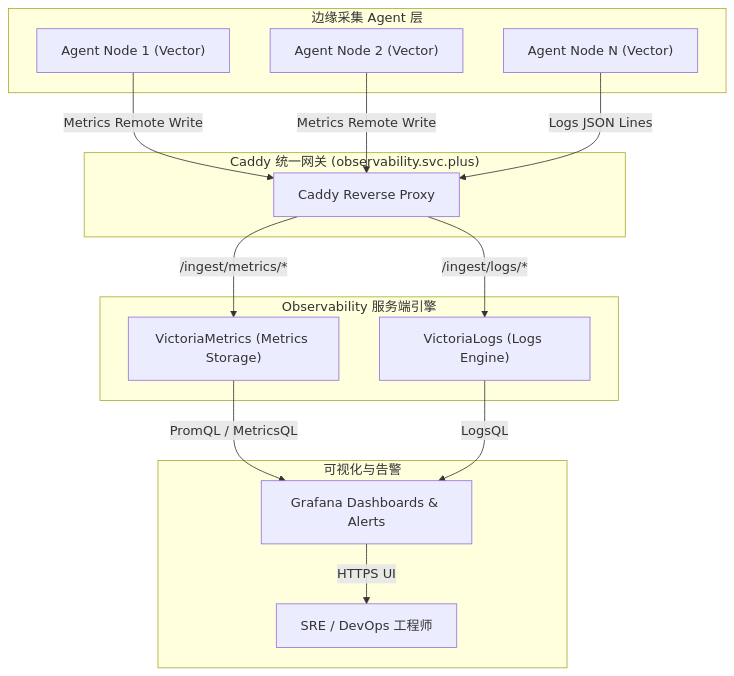
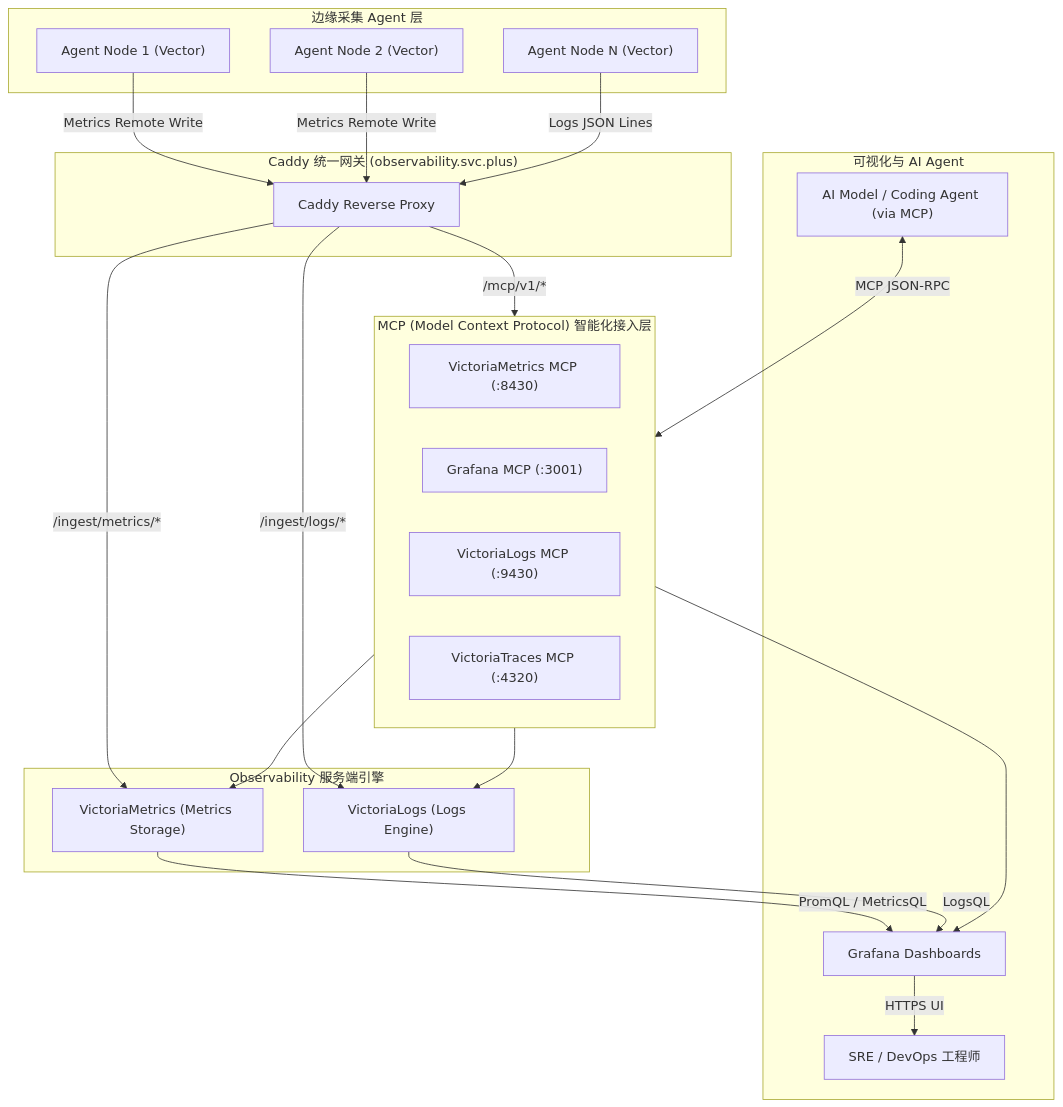
Before and after one commit to Cloud-Neutral-Workshop/knowledge: the diagram in content/03-observability/observability-server-core.zh.md, drawn with Mermaid. The commit also changed other lines of this file and 1 other file, not shown here.

Commit message:
feat(observability): add MCP Server Ansible role integration details to Observability Server tech blogs

````diff
--- a/content/03-observability/observability-server-core.zh.md
+++ b/content/03-observability/observability-server-core.zh.md
@@ -38,33 +83,48 @@
 ```mermaid
 flowchart TD
     subgraph Agents ["边缘采集 Agent 层"]
         V1["Agent Node 1 (Vector)"]
         V2["Agent Node 2 (Vector)"]
         VN["Agent Node N (Vector)"]
     end
 
     subgraph ServerIngress ["Caddy 统一网关 (observability.svc.plus)"]
         CADDY["Caddy Reverse Proxy"]
     end
 
     subgraph CoreEngine ["Observability 服务端引擎"]
         VM["VictoriaMetrics (Metrics Storage)"]
         VL["VictoriaLogs (Logs Engine)"]
     end
 
-    subgraph Visualization ["可视化与告警"]
-        GRAFANA["Grafana Dashboards & Alerts"]
+    subgraph MCPLayer ["MCP (Model Context Protocol) 智能化接入层"]
+        VM_MCP["VictoriaMetrics MCP (:8430)"]
+        GRAFANA_MCP["Grafana MCP (:3001)"]
+        VL_MCP["VictoriaLogs MCP (:9430)"]
+        VT_MCP["VictoriaTraces MCP (:4320)"]
+    end
+
+    subgraph Visualization ["可视化与 AI Agent"]
+        GRAFANA["Grafana Dashboards"]
+        AI_AGENT["AI Model / Coding Agent (via MCP)"]
         USERS["SRE / DevOps 工程师"]
     end
 
     V1 -->|Metrics Remote Write| CADDY
     V2 -->|Metrics Remote Write| CADDY
     VN -->|Logs JSON Lines| CADDY
 
     CADDY -->|/ingest/metrics/*| VM
     CADDY -->|/ingest/logs/*| VL
+    CADDY -->|/mcp/v1/*| MCPLayer
+
+    MCPLayer --> VM
+    MCPLayer --> VL
+    MCPLayer --> GRAFANA
 
     VM -->|PromQL / MetricsQL| GRAFANA
     VL -->|LogsQL| GRAFANA
+
     GRAFANA -->|HTTPS UI| USERS
+    AI_AGENT <-->|MCP JSON-RPC| MCPLayer
 ```
````
